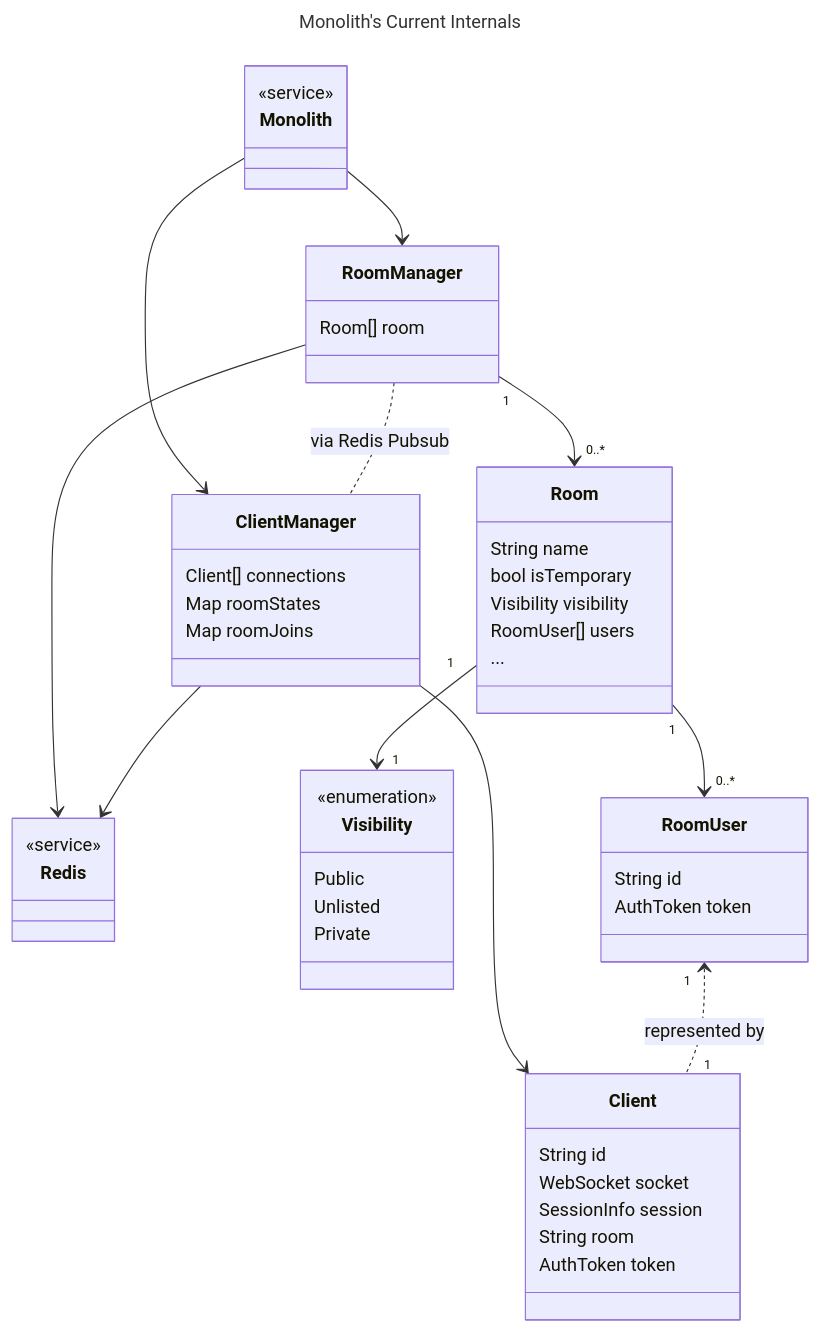
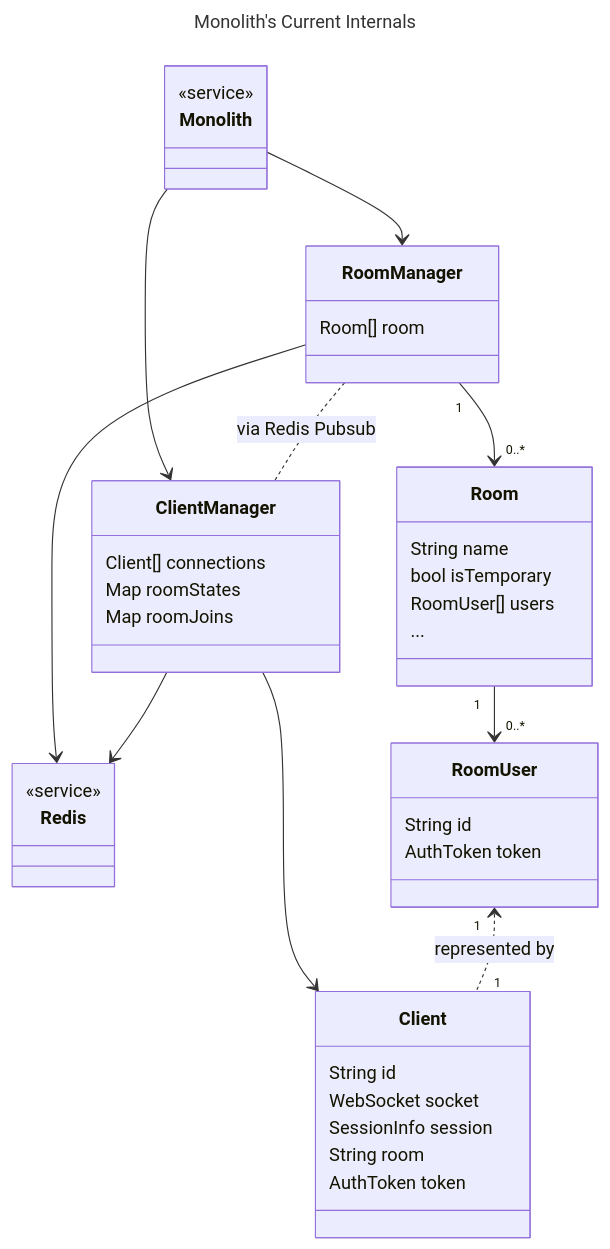
The diagram in final-project/Figures/monolith-class-current.mmd (dyc3/ssw345-group-assignments), drawn with Mermaid before and after one commit.

Commit message:
update diagram

```diff
--- a/final-project/Figures/monolith-class-current.mmd
+++ b/final-project/Figures/monolith-class-current.mmd
@@ -1,65 +1,55 @@
 ---
 title: Monolith's Current Internals
 ---
 classDiagram
     class Monolith {
         <<service>>
     }
 
     Monolith --> RoomManager
     Monolith --> ClientManager
 
     class Redis {
         <<service>>
     }
 
     class RoomManager {
         Room[] room
     }
 
     RoomManager "1" --> "0..*" Room
 
     class Room {
         String name
         bool isTemporary
-        Visibility visibility
         RoomUser[] users
         ...
-    }
-
-    Room "1" --> "1" Visibility
-
-    class Visibility {
-        <<enumeration>>
-        Public
-        Unlisted
-        Private
     }
 
     class ClientManager {
         Client[] connections
         Map roomStates
         Map roomJoins
     }
 
     RoomManager .. ClientManager: via Redis Pubsub
     RoomManager --> Redis
     ClientManager --> Redis
 
     class Client {
         String id
         WebSocket socket
         SessionInfo session
         String room
         AuthToken token
     }
 
     ClientManager --> Client
 
     class RoomUser {
         String id
         AuthToken token
     }
 
     Room "1" --> "0..*" RoomUser
     RoomUser "1" <.. "1" Client: represented by
```
